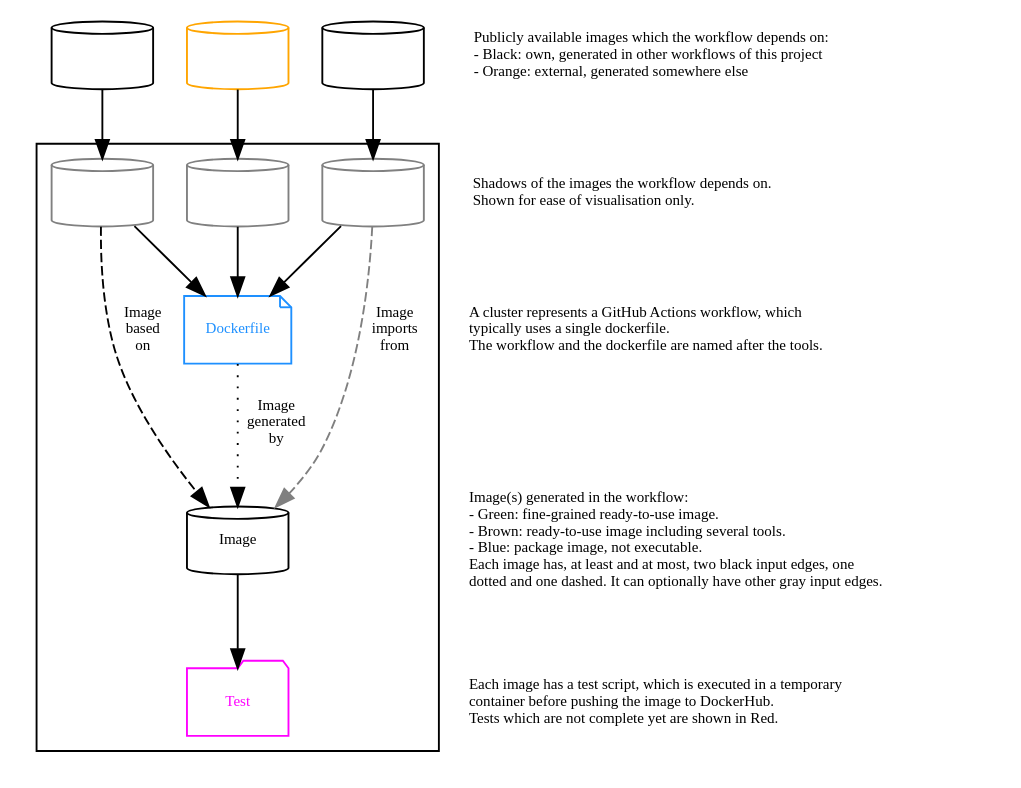
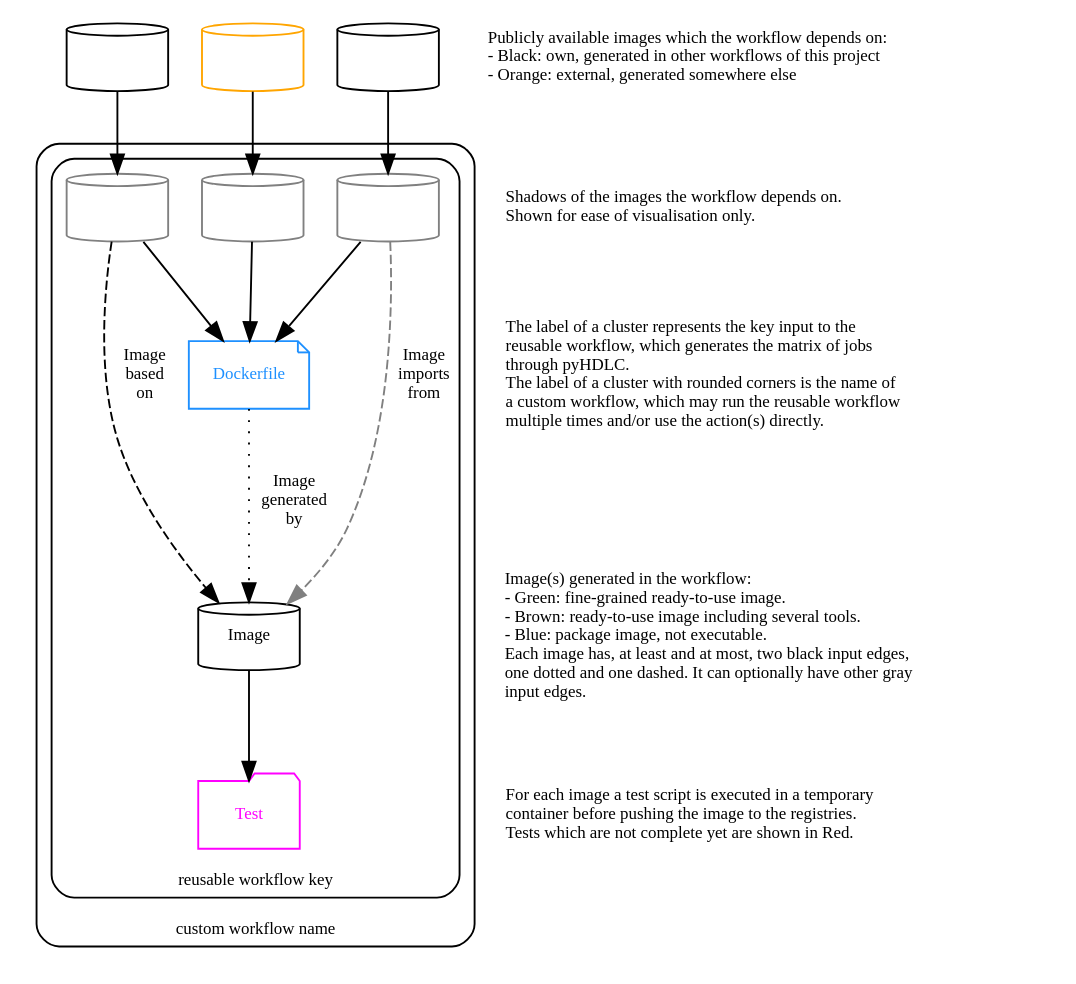
Before and after one commit to hdl/containers: the diagram in doc/graph/legend.dot, drawn with Graphviz. The commit also changed 43 other files, not shown here.

```diff
--- a/doc/graph/legend.dot
+++ b/doc/graph/legend.dot
@@ -1,75 +1,83 @@
 # Authors:
 #   Unai Martinez-Corral
 #     <umartinezcorral@antmicro.com>
 #     <unai.martinezcorral@ehu.eus>
 #
 # Copyright Unai Martinez-Corral
 #
 # Licensed under the Apache License, Version 2.0 (the "License");
 # you may not use this file except in compliance with the License.
 # You may obtain a copy of the License at
 #
 #     http://www.apache.org/licenses/LICENSE-2.0
 #
 # Unless required by applicable law or agreed to in writing, software
 # distributed under the License is distributed on an "AS IS" BASIS,
 # WITHOUT WARRANTIES OR CONDITIONS OF ANY KIND, either express or implied.
 # See the License for the specific language governing permissions and
 # limitations under the License.
 #
 # SPDX-License-Identifier: Apache-2.0
 
 digraph G {
 
   #splines=polyline; #curved
   newrank=true;
-  node [fontsize=8];
-  edge [fontsize=8];
+  graph [fontsize=9];
+  node [fontsize=9];
+  edge [fontsize=9];
+  labelloc="b";
 
   { rank=same
     image_ext [shape=cylinder, color=orange, fontcolor=orange, label=""];
     image_hdl [shape=cylinder, label=""];
     image_hdlpkg [shape=cylinder, label=""];
     deps [shape=none, label="Publicly available images which the workflow depends on:\l- Black: own, generated in other workflows of this project\l- Orange: external, generated somewhere else\l"]
   }
 
   subgraph cluster_legend {
+    label = "custom workflow name";
+    style = "rounded";
+
+  subgraph cluster_legend {
+    label = "reusable workflow key";
     test [shape=folder, color=magenta, fontcolor=magenta, label="Test"];
     image [shape=cylinder, label="Image"];
     image_base [shape=cylinder, color=grey, fontcolor=grey, label=""];
     image_dep [shape=cylinder, color=grey, fontcolor=grey, label=""];
     image_pkg [shape=cylinder, color=grey, fontcolor=grey, label=""];
     dockerfile [shape=note, color=dodgerblue, fontcolor=dodgerblue, label="Dockerfile"];
     {
       image_base,
       image_dep,
       image_pkg
     } -> dockerfile;
     dockerfile -> image [style=dotted, label="Image\ngenerated\nby"];
     image_base -> image [style=dashed, label="Image\nbased\non"];
     image_pkg -> image [style=dashed, color=gray, label="Image\nimports\nfrom"];
     image -> test;
   }
+  }
   { rank=same
     image_base
     image_dep
     image_pkg
     shadow [shape=none, label="Shadows of the images the workflow depends on.\lShown for ease of visualisation only.\l"];
   }
   { rank=same
     dockerfile
-    workflow [shape=none, label="A cluster represents a GitHub Actions workflow, which\ltypically uses a single dockerfile.\l The workflow and the dockerfile are named after the tools.\l"];
+    workflow [shape=none, label="The label of a cluster represents the key input to the\lreusable workflow, which generates the matrix of jobs\lthrough pyHDLC.\lThe label of a cluster with rounded corners is the name of\la custom workflow, which may run the reusable workflow\lmultiple times and/or use the action(s) directly.\l"];
   }
   { rank=same
     image
-    desc [shape=none, label="Image(s) generated in the workflow:\l- Green: fine-grained ready-to-use image.\l- Brown: ready-to-use image including several tools.\l- Blue: package image, not executable.\lEach image has, at least and at most, two black input edges, one\ldotted and one dashed. It can optionally have other gray input edges.\l"];
+    desc [shape=none, label="Image(s) generated in the workflow:\l- Green: fine-grained ready-to-use image.\l- Brown: ready-to-use image including several tools.\l- Blue: package image, not executable.\lEach image has, at least and at most, two black input edges,\lone dotted and one dashed. It can optionally have other gray\linput edges.\l"];
   }
   { rank=same
     test
-    test_desc [shape=none, label="Each image has a test script, which is executed in a temporary\lcontainer before pushing the image to DockerHub.\lTests which are not complete yet are shown in Red.\l"];
+    test_desc [shape=none, label="For each image a test script is executed in a temporary\lcontainer before pushing the image to the registries.\lTests which are not complete yet are shown in Red.\l"];
   }
   image_ext -> image_dep;
   image_hdl -> image_base;
   image_hdlpkg -> image_pkg;
 
 }
```
